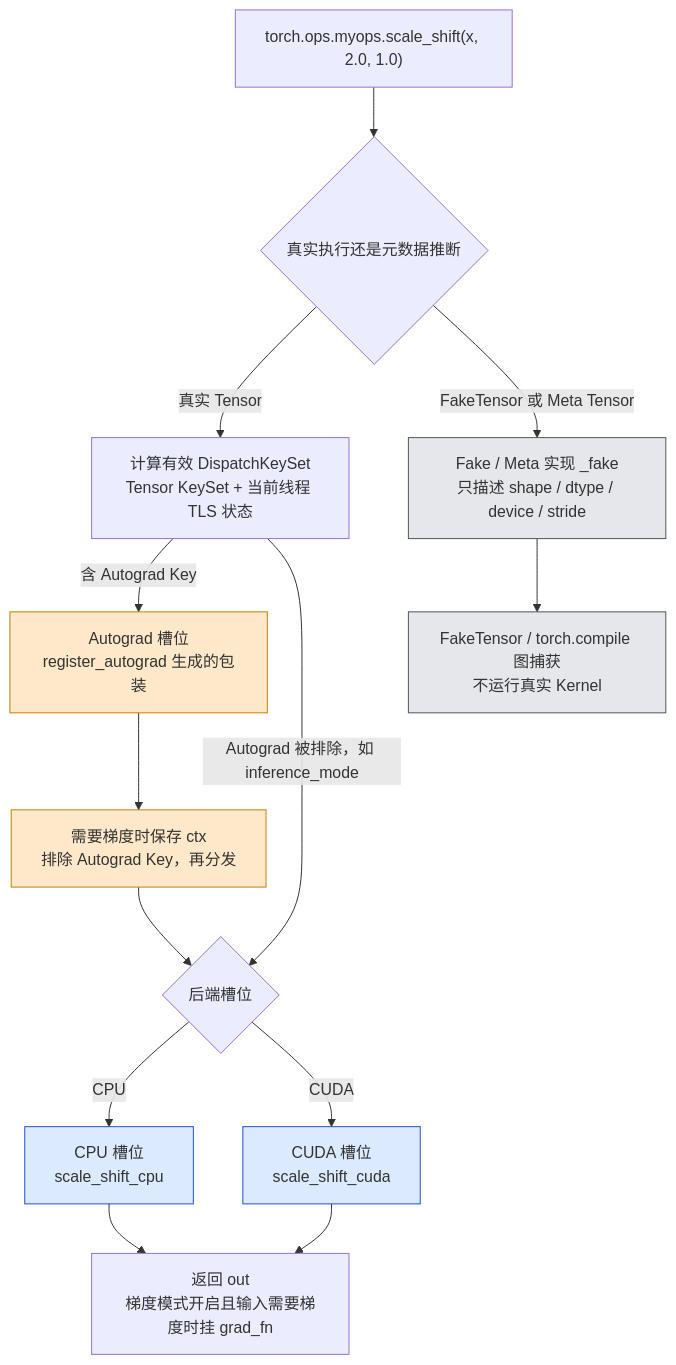
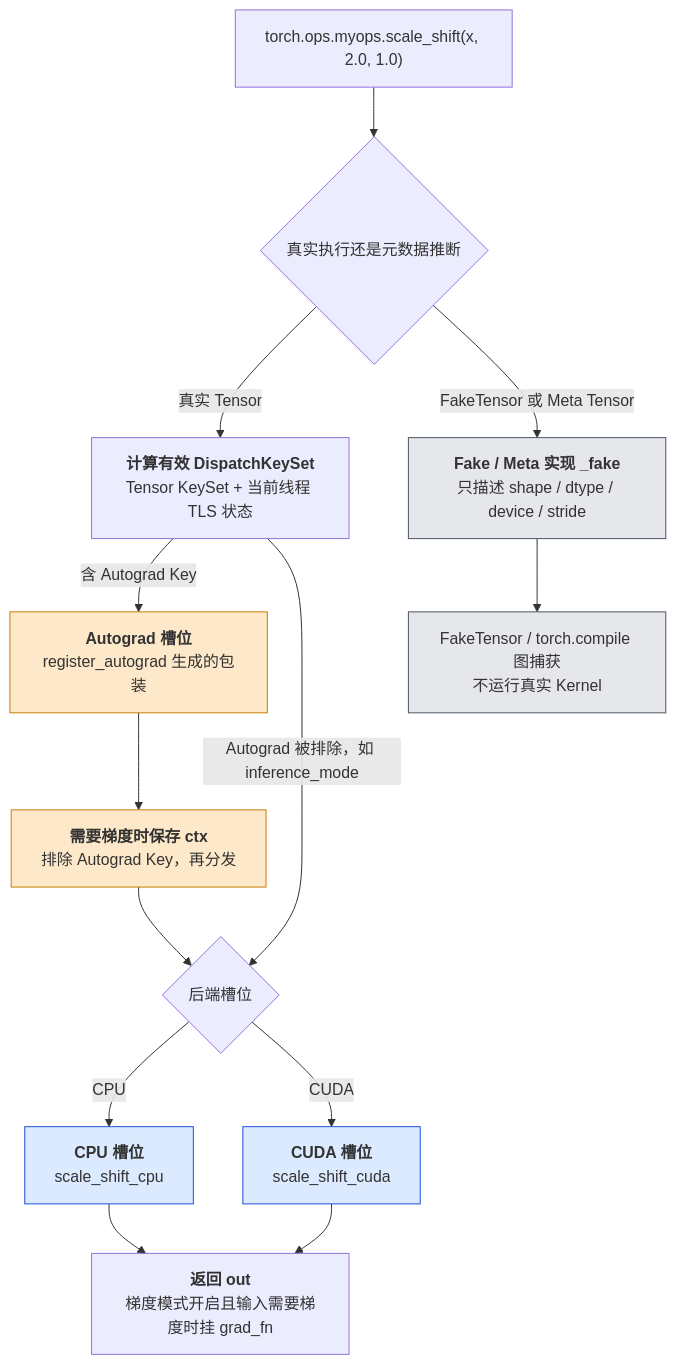
The fifth of 6 diagrams in _posts/2026-02-22-pytorch-cpp-extension-and-custom-operators.md (arganzheng/arganzheng.github.com), drawn with Mermaid before and after one commit. The commit also changed other lines of this file and 10 other files, not shown here.

First line of the commit message:
PyTorch 深度实践：从 Tensor 到深度学习运行时：Mermaid 多行方框的首行标为标题（11 篇）

````diff
--- a/_posts/2026-02-22-pytorch-cpp-extension-and-custom-operators.md
+++ b/_posts/2026-02-22-pytorch-cpp-extension-and-custom-operators.md
@@ -1156,29 +1156,29 @@
 ```mermaid
 %% 图：完成后的 Operator Table：真实 Tensor 的 Autograd 与后端分发、Fake / Meta 的元数据推断
 flowchart TB
     IN["torch.ops.myops.scale_shift(x, 2.0, 1.0)"]
     MODE{"真实执行还是元数据推断"}
-    KS["计算有效 DispatchKeySet<br/>Tensor KeySet + 当前线程 TLS 状态"]
-    AGS["Autograd 槽位<br/>register_autograd 生成的包装"]
-    STRIP["需要梯度时保存 ctx<br/>排除 Autograd Key，再分发"]
+    KS["<b>计算有效 DispatchKeySet</b><br/>Tensor KeySet + 当前线程 TLS 状态"]
+    AGS["<b>Autograd 槽位</b><br/>register_autograd 生成的包装"]
+    STRIP["<b>需要梯度时保存 ctx</b><br/>排除 Autograd Key，再分发"]
     SEL{"后端槽位"}
-    CPUS["CPU 槽位<br/>scale_shift_cpu"]
-    CUDAS["CUDA 槽位<br/>scale_shift_cuda"]
-    METAS["Fake / Meta 实现 _fake<br/>只描述 shape / dtype / device / stride"]
-    OUT["返回 out<br/>梯度模式开启且输入需要梯度时挂 grad_fn"]
+    CPUS["<b>CPU 槽位</b><br/>scale_shift_cpu"]
+    CUDAS["<b>CUDA 槽位</b><br/>scale_shift_cuda"]
+    METAS["<b>Fake / Meta 实现 _fake</b><br/>只描述 shape / dtype / device / stride"]
+    OUT["<b>返回 out</b><br/>梯度模式开启且输入需要梯度时挂 grad_fn"]
     OUT2["FakeTensor / torch.compile 图捕获<br/>不运行真实 Kernel"]
     IN --> MODE
     MODE -->|真实 Tensor| KS
     MODE -->|FakeTensor 或 Meta Tensor| METAS
     KS -->|含 Autograd Key| AGS --> STRIP --> SEL
     KS -->|Autograd 被排除，如 inference_mode| SEL
     SEL -->|CPU| CPUS --> OUT
     SEL -->|CUDA| CUDAS --> OUT
     METAS --> OUT2
     classDef auto fill:#fde9c9,stroke:#c77d00;
     classDef backend fill:#dbeafe,stroke:#1d4ed8;
     classDef meta fill:#e5e7eb,stroke:#4b5563;
     class AGS,STRIP auto;
     class CPUS,CUDAS backend;
     class METAS,OUT2 meta;
 ```
````
